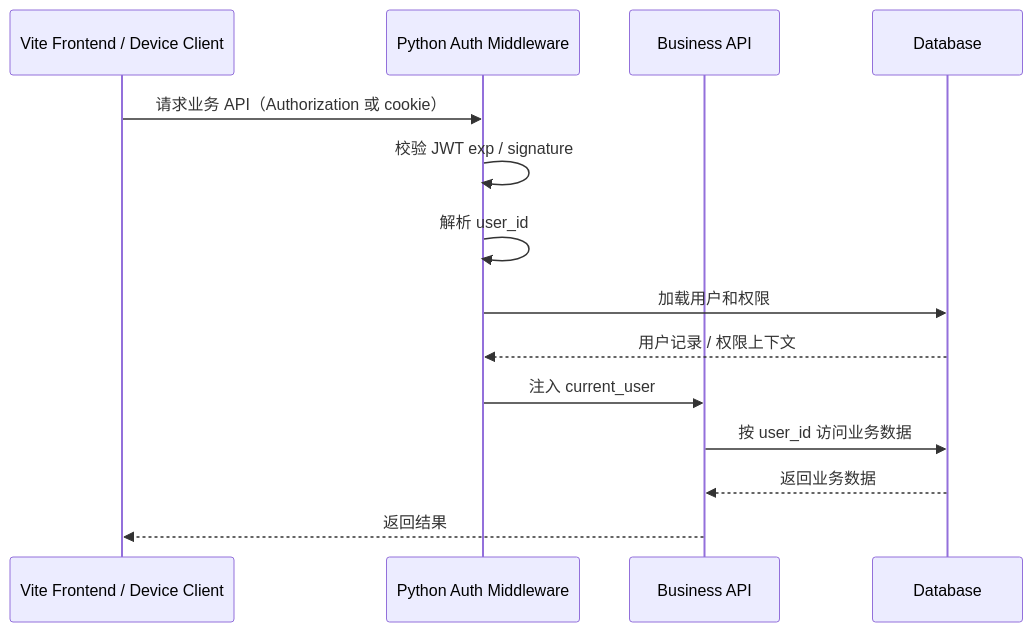
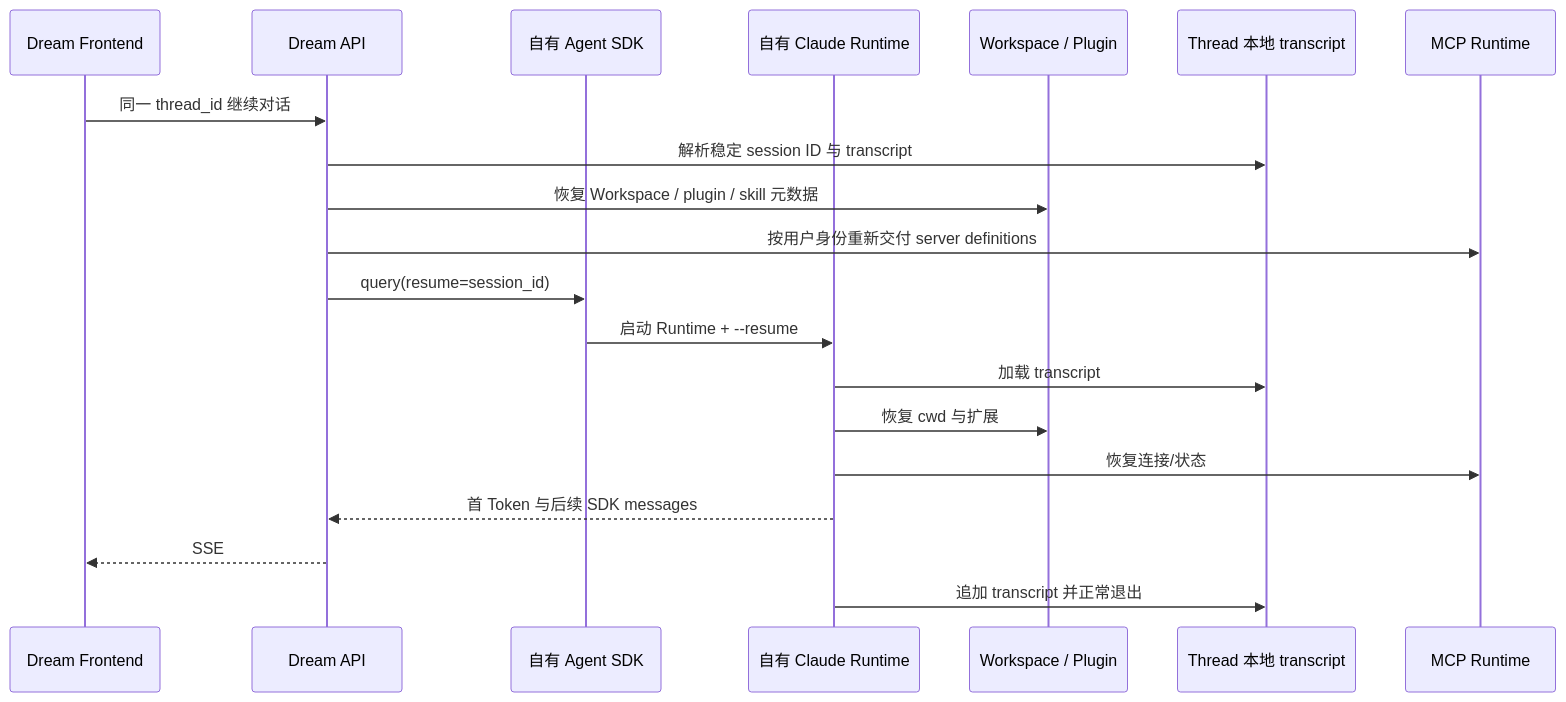
Before and after one commit to glide-the/im-dream: the third of 3 diagrams in docs/architecture/项目架构设计说明.md, drawn with Mermaid. The commit also changed other lines of this file and 8 other files, not shown here.

Commit message:
docs: update custom Claude runtime architecture

````diff
--- a/docs/architecture/项目架构设计说明.md
+++ b/docs/architecture/项目架构设计说明.md
@@ -60,17 +275,23 @@
 ```mermaid
 sequenceDiagram
-    participant Client as Vite Frontend / Device Client
-    participant Middleware as Python Auth Middleware
-    participant API as Business API
-    participant DB as Database
+    participant FE as Dream Frontend
+    participant API as Dream API
+    participant SDK as 自有 Agent SDK
+    participant RT as 自有 Claude Runtime
+    participant WS as Workspace / Plugin
+    participant TS as Thread 本地 transcript
+    participant MCP as MCP Runtime
 
-    Client->>Middleware: 请求业务 API（Authorization 或 cookie）
-    Middleware->>Middleware: 校验 JWT exp / signature
-    Middleware->>Middleware: 解析 user_id
-    Middleware->>DB: 加载用户和权限
-    DB-->>Middleware: 用户记录 / 权限上下文
-    Middleware->>API: 注入 current_user
-    API->>DB: 按 user_id 访问业务数据
-    DB-->>API: 返回业务数据
-    API-->>Client: 返回结果
+    FE->>API: 同一 thread_id 继续对话
+    API->>TS: 解析稳定 session ID 与 transcript
+    API->>WS: 恢复 Workspace / plugin / skill 元数据
+    API->>MCP: 按用户身份重新交付 server definitions
+    API->>SDK: query(resume=session_id)
+    SDK->>RT: 启动 Runtime + --resume
+    RT->>TS: 加载 transcript
+    RT->>WS: 恢复 cwd 与扩展
+    RT->>MCP: 恢复连接/状态
+    RT-->>API: 首 Token 与后续 SDK messages
+    API-->>FE: SSE
+    RT->>TS: 追加 transcript 并正常退出
 ```
````
